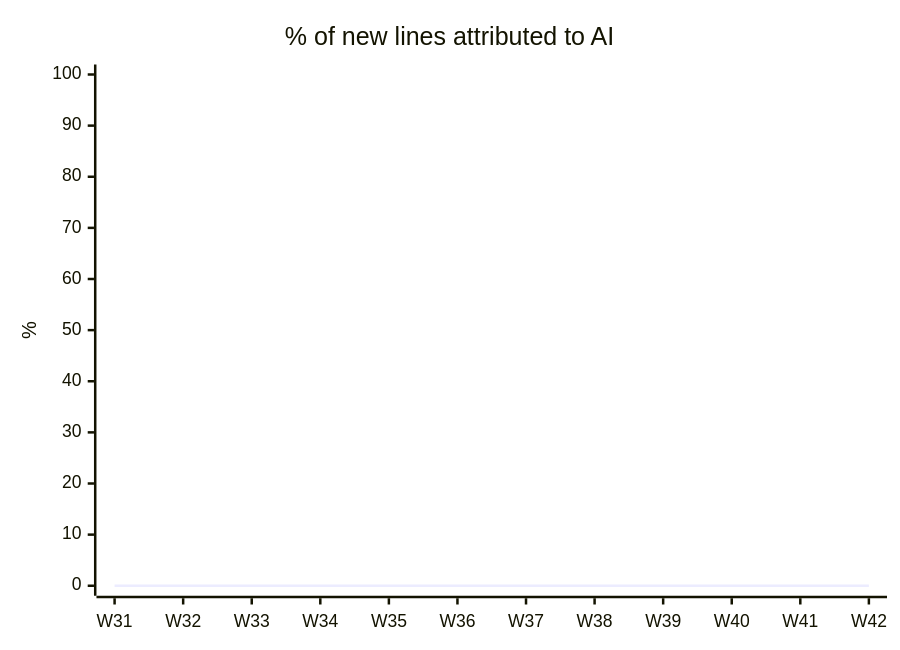
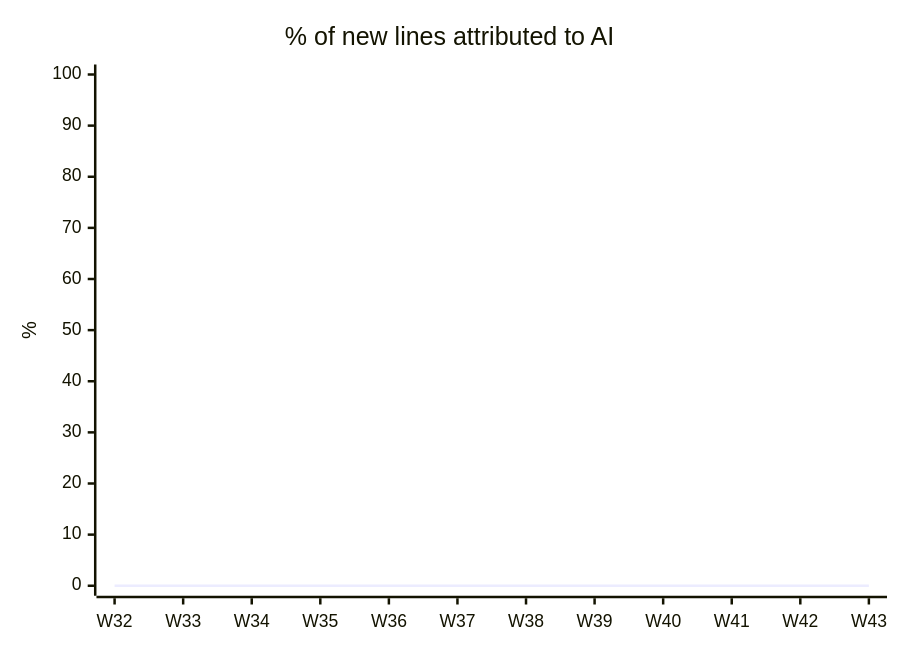
The diagram in docs/AI_USAGE.md (fromwaydowntown/ai-use), drawn with Mermaid before and after one commit. The commit also changed other lines of this file, not shown here.

````diff
--- a/docs/AI_USAGE.md
+++ b/docs/AI_USAGE.md
@@ -17,7 +17,7 @@
 ```mermaid
 xychart-beta
     title "% of new lines attributed to AI"
-    x-axis ["W31", "W32", "W33", "W34", "W35", "W36", "W37", "W38", "W39", "W40", "W41", "W42"]
+    x-axis ["W32", "W33", "W34", "W35", "W36", "W37", "W38", "W39", "W40", "W41", "W42", "W43"]
     y-axis "%" 0 --> 100
     line [0, 0, 0, 0, 0, 0, 0, 0, 0, 0, 0, 0]
 ```
````
